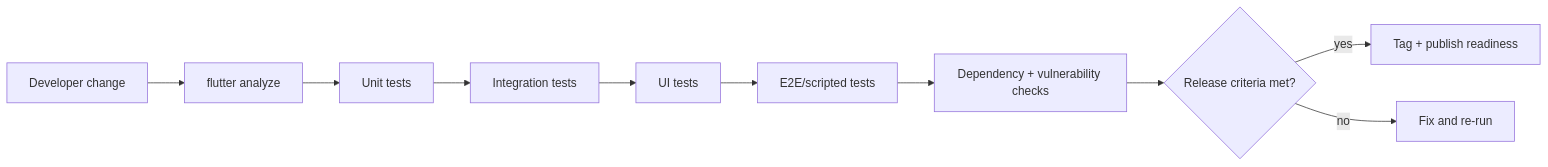
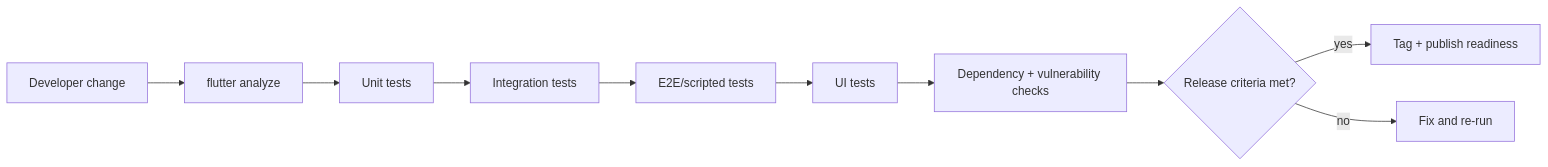
One commit to pvagnozzi/flutter_esptool changed the sixth of 6 diagrams in doc/PROJECT_OPERATIONS_AND_QUALITY_GUIDE.md. Above: the diagram before and after it, drawn with Mermaid. The commit also changed other lines of this file and 24 other files, not shown here.

````diff
--- a/doc/PROJECT_OPERATIONS_AND_QUALITY_GUIDE.md
+++ b/doc/PROJECT_OPERATIONS_AND_QUALITY_GUIDE.md
@@ -162,12 +162,12 @@
 ```mermaid
 flowchart LR
   Dev[Developer change] --> Analyze[flutter analyze]
   Analyze --> Unit[Unit tests]
   Unit --> Integration[Integration tests]
-  Integration --> UI[UI tests]
-  UI --> E2E[E2E/scripted tests]
-  E2E --> Security[Dependency + vulnerability checks]
+  Integration --> E2E[E2E/scripted tests]
+  E2E --> UI[UI tests]
+  UI --> Security[Dependency + vulnerability checks]
   Security --> PublishGate{Release criteria met?}
   PublishGate -- yes --> Tag[Tag + publish readiness]
   PublishGate -- no --> Remediate[Fix and re-run]
 ```
````
